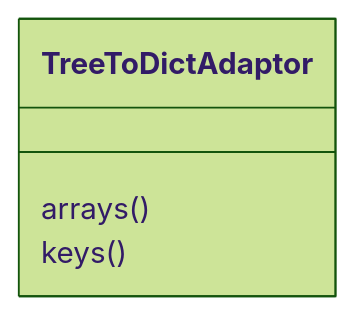
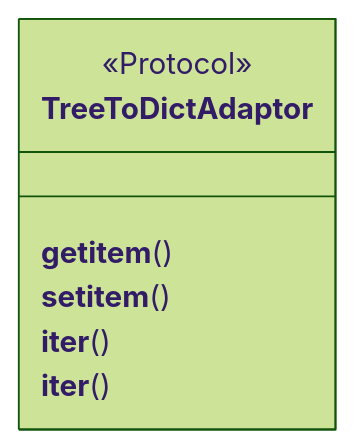
One commit to FAST-HEP/fast-carpenter changed the fourth of 5 diagrams in docs/UML.md. Above: the diagram before and after it, drawn with Mermaid (forest theme). The commit also changed other lines of this file, not shown here.

Commit message:
modified UML documentation for new classes

````diff
--- a/docs/UML.md
+++ b/docs/UML.md
@@ -40,6 +57,9 @@
 ```mermaid
 classDiagram
 class TreeToDictAdaptor
-TreeToDictAdaptor : arrays()
-TreeToDictAdaptor : keys()
+<<Protocol>> TreeToDictAdaptor
+TreeToDictAdaptor : __getitem__()
+TreeToDictAdaptor : __setitem__()
+TreeToDictAdaptor : __iter__()
+TreeToDictAdaptor : __iter__()
 ```
````
